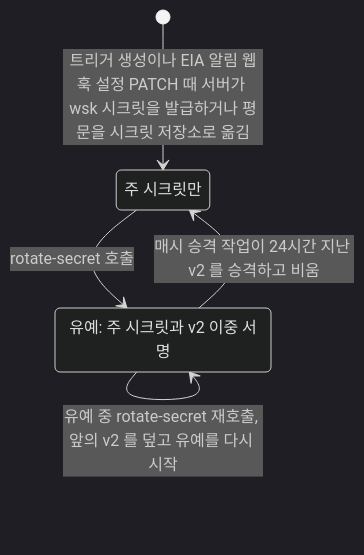
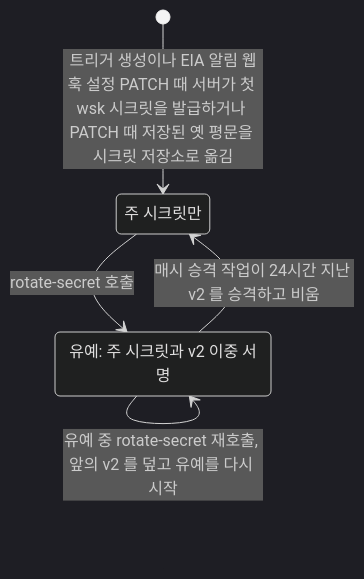
Before and after one commit to worker-ants/clemvion: the seventh of 7 diagrams in spec/CLE-IX/CLE-EIA-DATA.md, drawn with Mermaid (dark theme). The commit also changed other lines of this file and 9 other files, not shown here.

````diff
--- a/spec/CLE-IX/CLE-EIA-DATA.md
+++ b/spec/CLE-IX/CLE-EIA-DATA.md
@@ -409,9 +409,9 @@
 ```mermaid
 stateDiagram-v2
   state "주 시크릿만" as Primary
   state "유예: 주 시크릿과 v2 이중 서명" as Grace
-  [*] --> Primary: 트리거 생성이나 EIA 알림 웹훅 설정 PATCH 때 서버가 wsk 시크릿을 발급하거나 평문을 시크릿 저장소로 옮김
+  [*] --> Primary: 트리거 생성이나 EIA 알림 웹훅 설정 PATCH 때 서버가 첫 wsk 시크릿을 발급하거나 PATCH 때 저장된 옛 평문을 시크릿 저장소로 옮김
   Primary --> Grace: rotate-secret 호출
   Grace --> Grace: 유예 중 rotate-secret 재호출, 앞의 v2 를 덮고 유예를 다시 시작
   Grace --> Primary: 매시 승격 작업이 24시간 지난 v2 를 승격하고 비움
 ```
````
